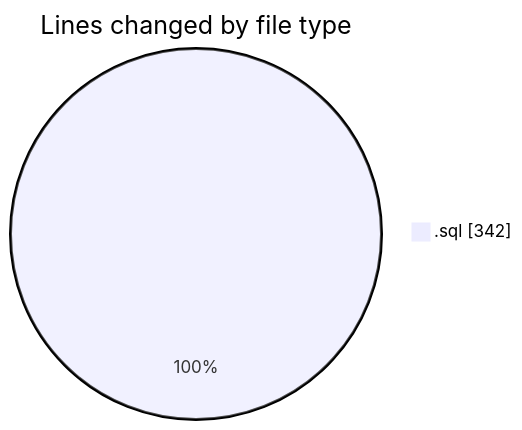
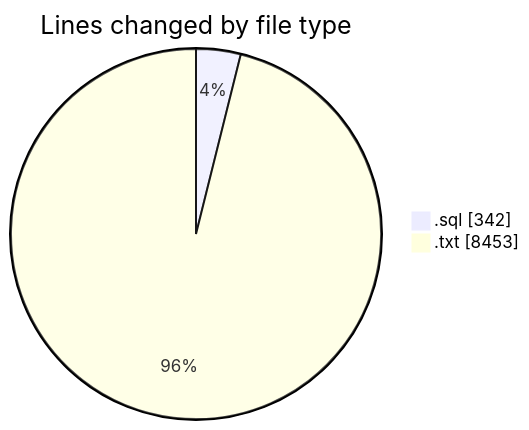
The first of 2 diagrams in 2026-07-13/cilapp/README.md (ricardozamudiocil/code-tracking), drawn with Mermaid before and after one commit. The commit also changed other lines of this file and 1 other file, not shown here.

````diff
--- a/2026-07-13/cilapp/README.md
+++ b/2026-07-13/cilapp/README.md
@@ -20,5 +21,6 @@
 ```mermaid
 pie showData
 title Lines changed by file type
 ".sql" : 342
+".txt" : 8453
 ```
````
